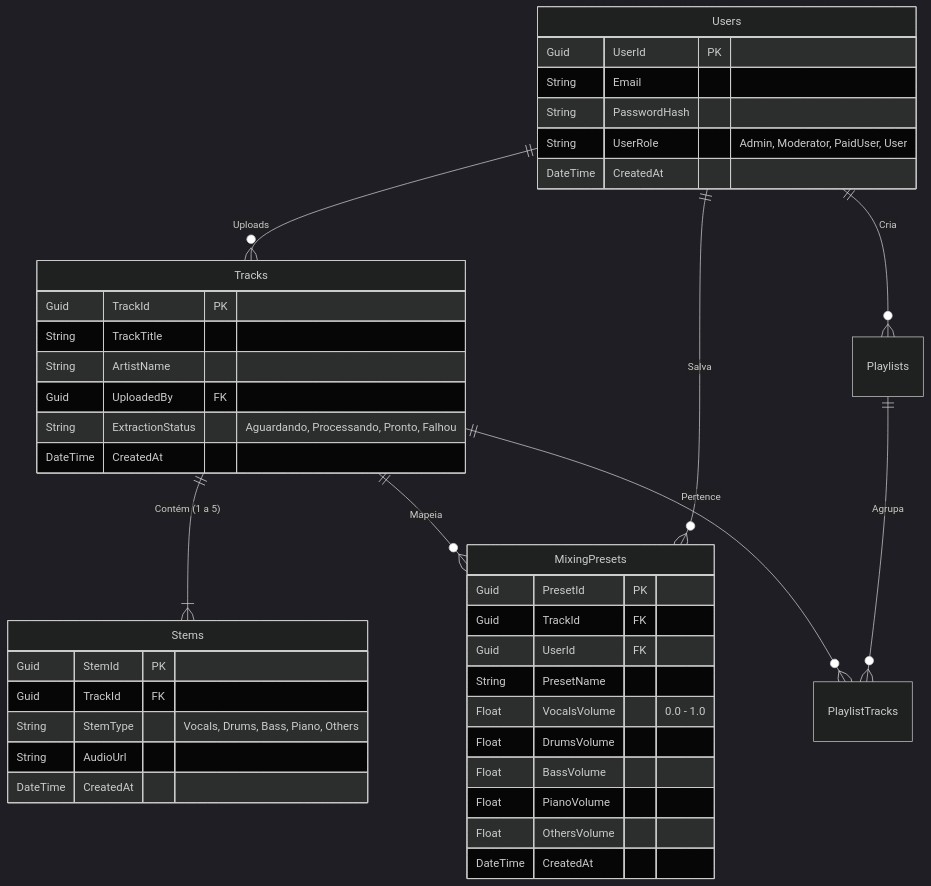
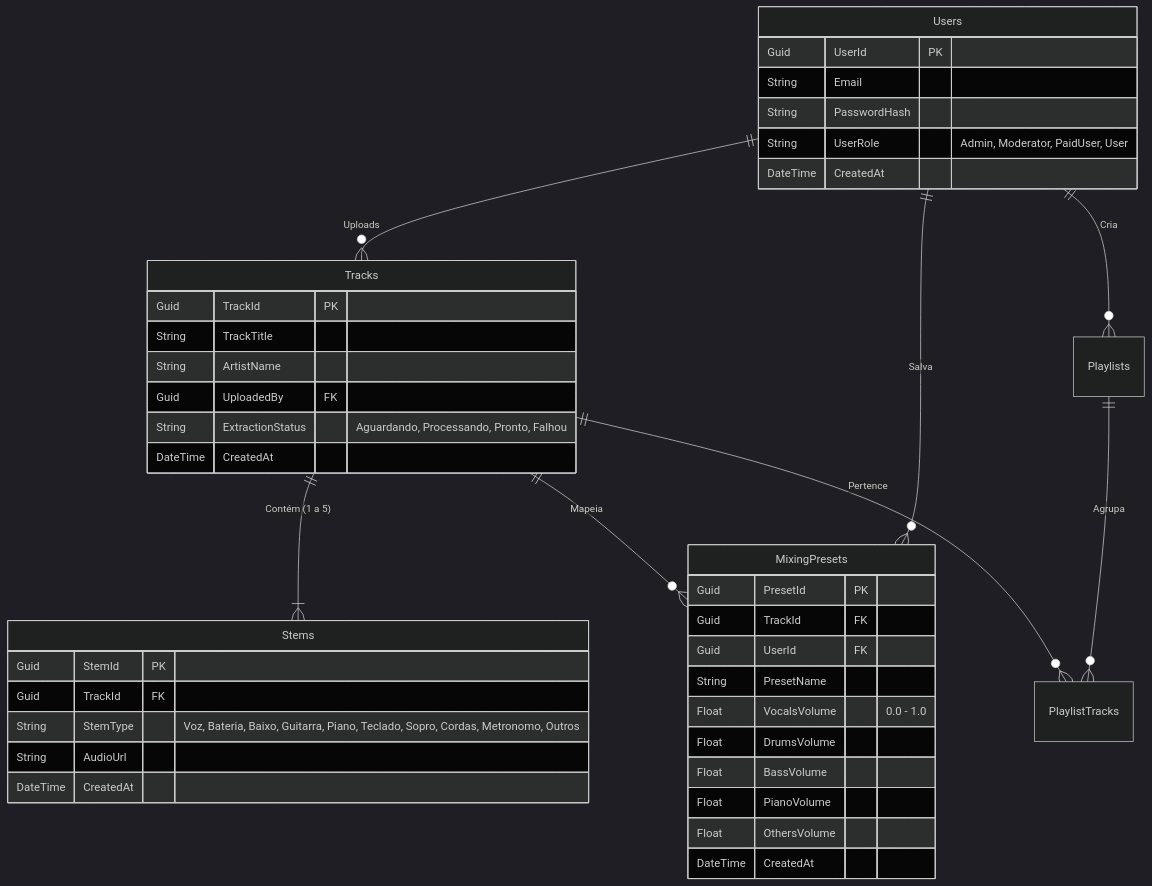
Before and after one commit to Havenox/mixer8: the diagram in docs/03-data-and-persistence.md, drawn with Mermaid (dark theme). The commit also changed 4 other files, not shown here.

````diff
--- a/docs/03-data-and-persistence.md
+++ b/docs/03-data-and-persistence.md
@@ -11,48 +11,48 @@
 ```mermaid
 erDiagram
     Users ||--o{ Tracks : "Uploads"
     Users ||--o{ Playlists : "Cria"
     Users ||--o{ MixingPresets : "Salva"
     Tracks ||--|{ Stems : "Contém (1 a 5)"
     Tracks ||--o{ MixingPresets : "Mapeia"
     Playlists ||--o{ PlaylistTracks : "Agrupa"
     Tracks ||--o{ PlaylistTracks : "Pertence"
 
     Users {
         Guid UserId PK
         String Email
         String PasswordHash
         String UserRole "Admin, Moderator, PaidUser, User"
         DateTime CreatedAt
     }
 
     Tracks {
         Guid TrackId PK
         String TrackTitle
         String ArtistName
         Guid UploadedBy FK
         String ExtractionStatus "Aguardando, Processando, Pronto, Falhou"
         DateTime CreatedAt
     }
 
     Stems {
         Guid StemId PK
         Guid TrackId FK
-        String StemType "Vocals, Drums, Bass, Piano, Others"
+        String StemType "Voz, Bateria, Baixo, Guitarra, Piano, Teclado, Sopro, Cordas, Metronomo, Outros"
         String AudioUrl
         DateTime CreatedAt
     }
 
     MixingPresets {
         Guid PresetId PK
         Guid TrackId FK
         Guid UserId FK
         String PresetName
         Float VocalsVolume "0.0 - 1.0"
         Float DrumsVolume
         Float BassVolume
         Float PianoVolume
         Float OthersVolume
         DateTime CreatedAt
     }
 ```
````
